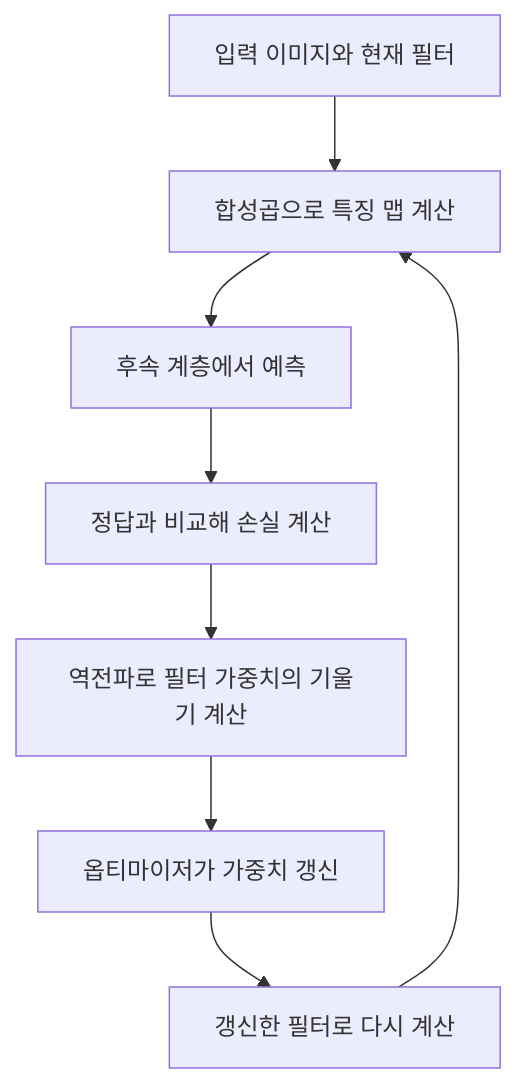
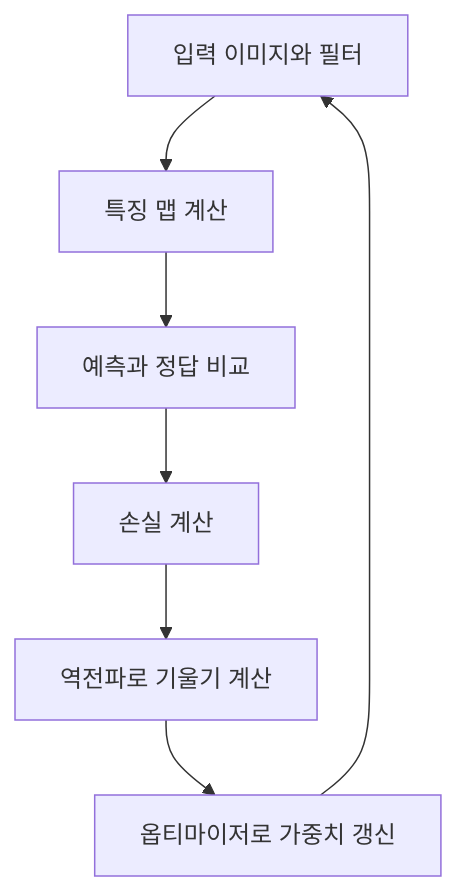
Before and after one commit to jaemin-devlog/AI-Study: the second of 2 diagrams in topics/computer-vision/04-CNN과-학습-기반-특징-추출.md, drawn with Mermaid. The commit also changed other lines of this file and 4 other files, not shown here.

````diff
--- a/topics/computer-vision/04-CNN과-학습-기반-특징-추출.md
+++ b/topics/computer-vision/04-CNN과-학습-기반-특징-추출.md
@@ -84,10 +27,9 @@
 ```mermaid
 flowchart TB
-    A[입력 이미지와 현재 필터] --> B[합성곱으로 특징 맵 계산]
-    B --> C[후속 계층에서 예측]
-    C --> D[정답과 비교해 손실 계산]
-    D --> E[역전파로 필터 가중치의 기울기 계산]
-    E --> F[옵티마이저가 가중치 갱신]
-    F --> G[갱신한 필터로 다시 계산]
-    G --> B
+    A[입력 이미지와 필터] --> B[특징 맵 계산]
+    B --> C[예측과 정답 비교]
+    C --> D[손실 계산]
+    D --> E[역전파로 기울기 계산]
+    E --> F[옵티마이저로 가중치 갱신]
+    F --> A
 ```
````
